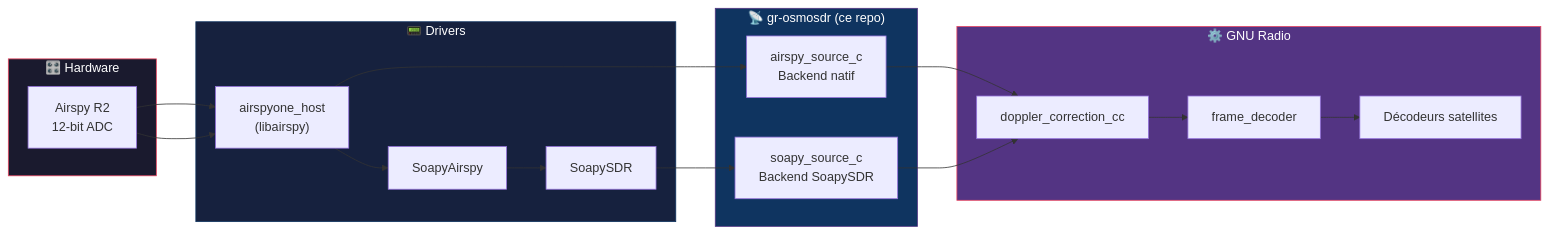
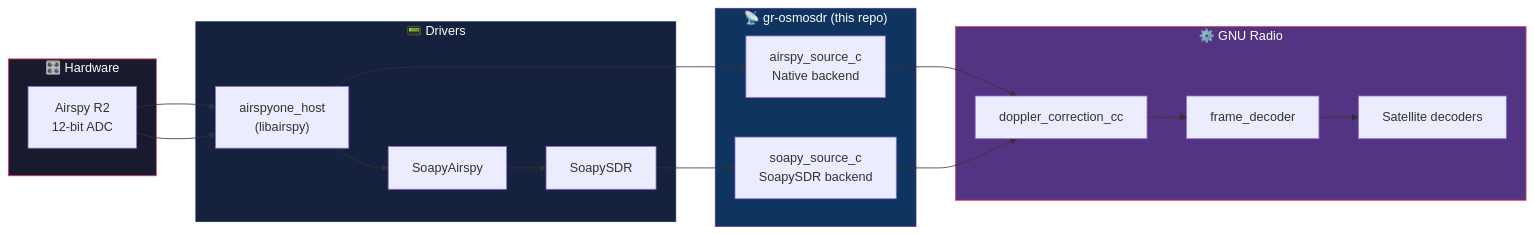
One commit to f4tnk/gr-osmosdr changed the first of 15 diagrams in OPTIMIZATION-F4TNK.md. Above: the diagram before and after it, drawn with Mermaid. The commit also changed other lines of this file, not shown here.

````diff
--- a/OPTIMIZATION-F4TNK.md
+++ b/OPTIMIZATION-F4TNK.md
@@ -13,34 +13,34 @@
 ```mermaid
 flowchart LR
     subgraph HW["🎛️ Hardware"]
         A["Airspy R2<br/>12-bit ADC"]
     end
 
     subgraph DRV["📟 Drivers"]
         B["airspyone_host<br/>(libairspy)"]
         C["SoapyAirspy"]
         D["SoapySDR"]
     end
 
-    subgraph OSMOSDR["📡 gr-osmosdr (ce repo)"]
-        E["airspy_source_c<br/>Backend natif"]
-        F["soapy_source_c<br/>Backend SoapySDR"]
+    subgraph OSMOSDR["📡 gr-osmosdr (this repo)"]
+        E["airspy_source_c<br/>Native backend"]
+        F["soapy_source_c<br/>SoapySDR backend"]
     end
 
     subgraph GR["⚙️ GNU Radio"]
         G["doppler_correction_cc"]
         H["frame_decoder"]
-        I["Décodeurs satellites"]
+        I["Satellite decoders"]
     end
 
     A --> B --> C --> D --> F
     A --> B --> E
     E --> G
     F --> G
     G --> H --> I
 
     style HW fill:#1a1a2e,stroke:#e94560,color:#fff
     style DRV fill:#16213e,stroke:#0f3460,color:#fff
     style OSMOSDR fill:#0f3460,stroke:#533483,color:#fff
     style GR fill:#533483,stroke:#e94560,color:#fff
 ```
````
